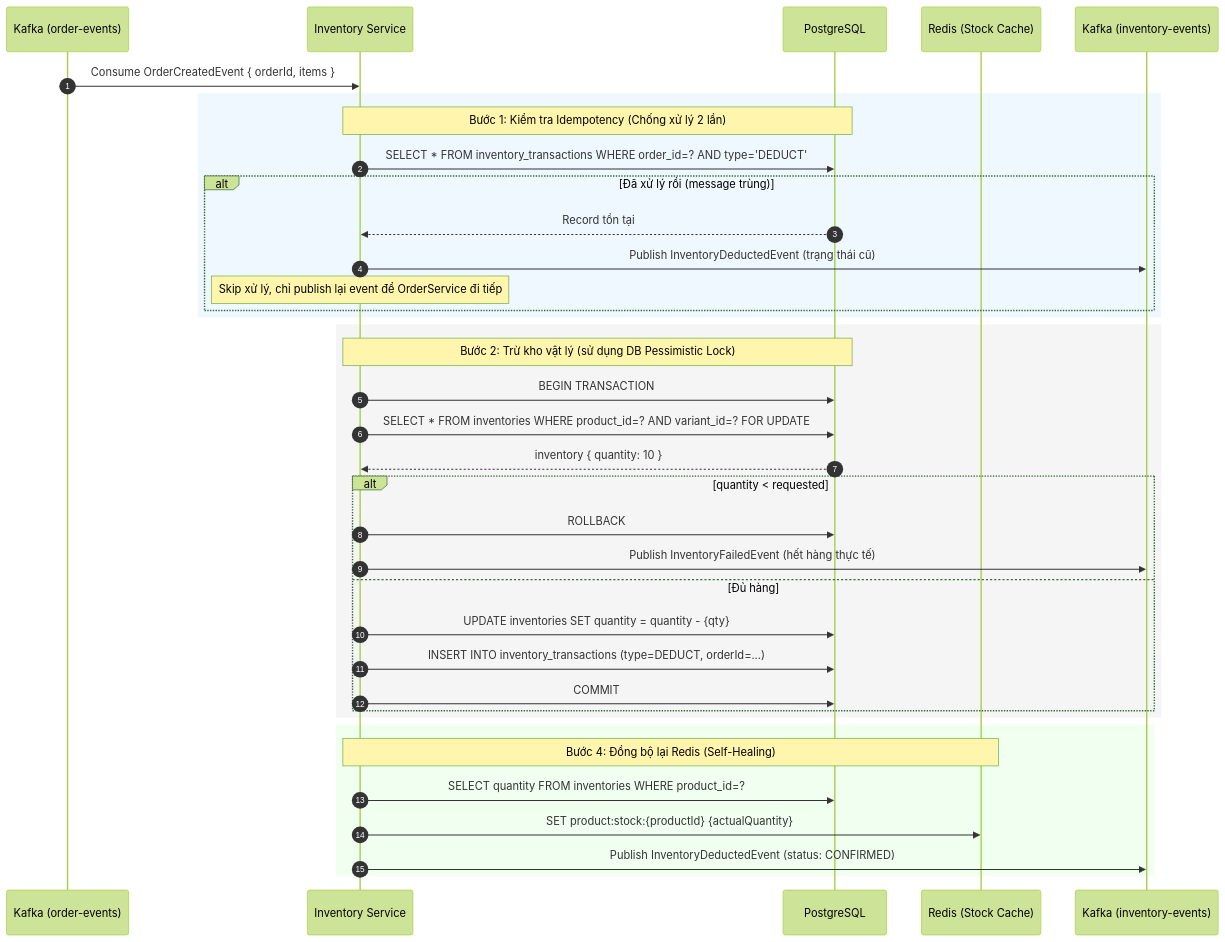
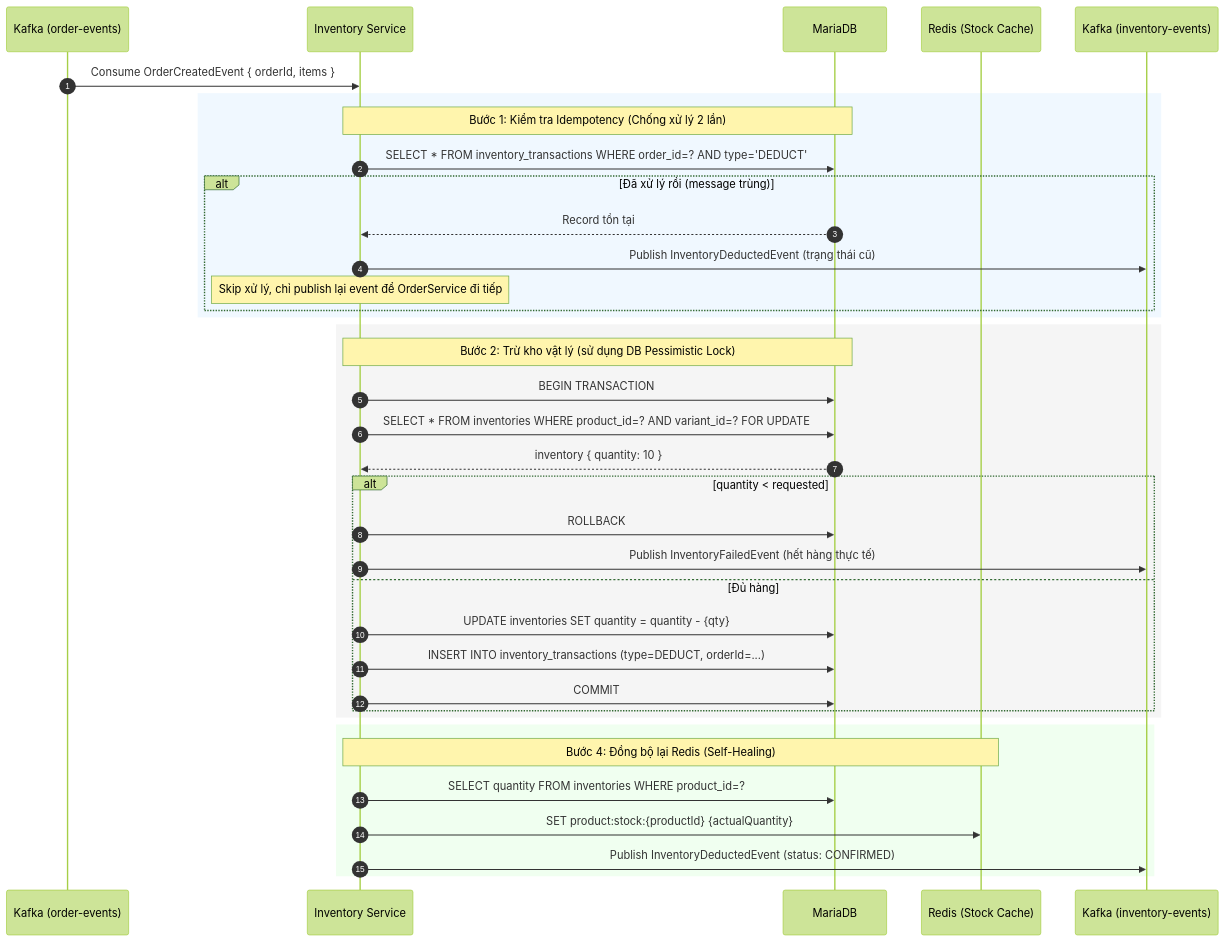
The first of 2 diagrams in docs/services/04_INVENTORY_SERVICE.md (Thuannd24/Graduation-Project), drawn with Mermaid (forest theme) before and after one commit. The commit also changed other lines of this file and 19 other files, not shown here.

````diff
--- a/docs/services/04_INVENTORY_SERVICE.md
+++ b/docs/services/04_INVENTORY_SERVICE.md
@@ -73,43 +82,43 @@
 ```mermaid
 sequenceDiagram
     autonumber
     participant Kafka as Kafka (order-events)
     participant IS as Inventory Service
-    participant DB as PostgreSQL
+    participant DB as MariaDB
     participant Redis as Redis (Stock Cache)
     participant KafkaOut as Kafka (inventory-events)
 
     Kafka->>IS: Consume OrderCreatedEvent { orderId, items }
 
     rect rgb(240, 248, 255)
         Note over IS, DB: Bước 1: Kiểm tra Idempotency (Chống xử lý 2 lần)
         IS->>DB: SELECT * FROM inventory_transactions WHERE order_id=? AND type='DEDUCT'
         alt Đã xử lý rồi (message trùng)
             DB-->>IS: Record tồn tại
             IS->>KafkaOut: Publish InventoryDeductedEvent (trạng thái cũ)
             Note over IS: Skip xử lý, chỉ publish lại event để OrderService đi tiếp
         end
     end
 
     rect rgb(245, 245, 245)
         Note over IS, DB: Bước 2: Trừ kho vật lý (sử dụng DB Pessimistic Lock)
         IS->>DB: BEGIN TRANSACTION
         IS->>DB: SELECT * FROM inventories WHERE product_id=? AND variant_id=? FOR UPDATE
         DB-->>IS: inventory { quantity: 10 }
         alt quantity < requested
             IS->>DB: ROLLBACK
             IS->>KafkaOut: Publish InventoryFailedEvent (hết hàng thực tế)
         else Đủ hàng
             IS->>DB: UPDATE inventories SET quantity = quantity - {qty}
             IS->>DB: INSERT INTO inventory_transactions (type=DEDUCT, orderId=...)
             IS->>DB: COMMIT
         end
     end
 
     rect rgb(240, 255, 240)
         Note over IS, Redis: Bước 4: Đồng bộ lại Redis (Self-Healing)
         IS->>DB: SELECT quantity FROM inventories WHERE product_id=?
         IS->>Redis: SET product:stock:{productId} {actualQuantity}
         IS->>KafkaOut: Publish InventoryDeductedEvent (status: CONFIRMED)
     end
 ```
````
